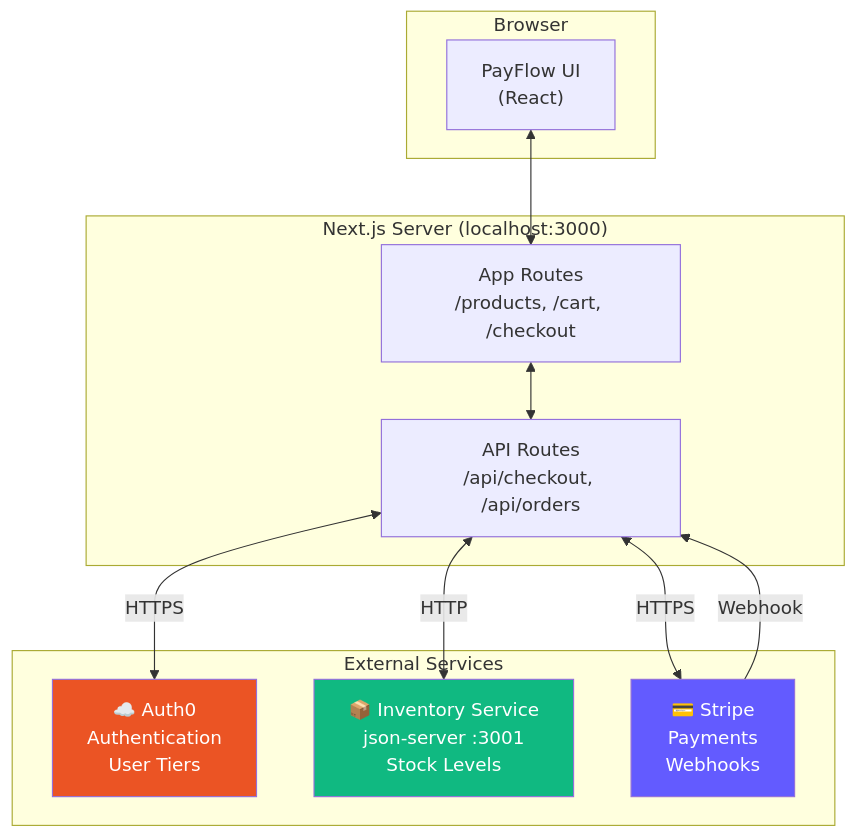
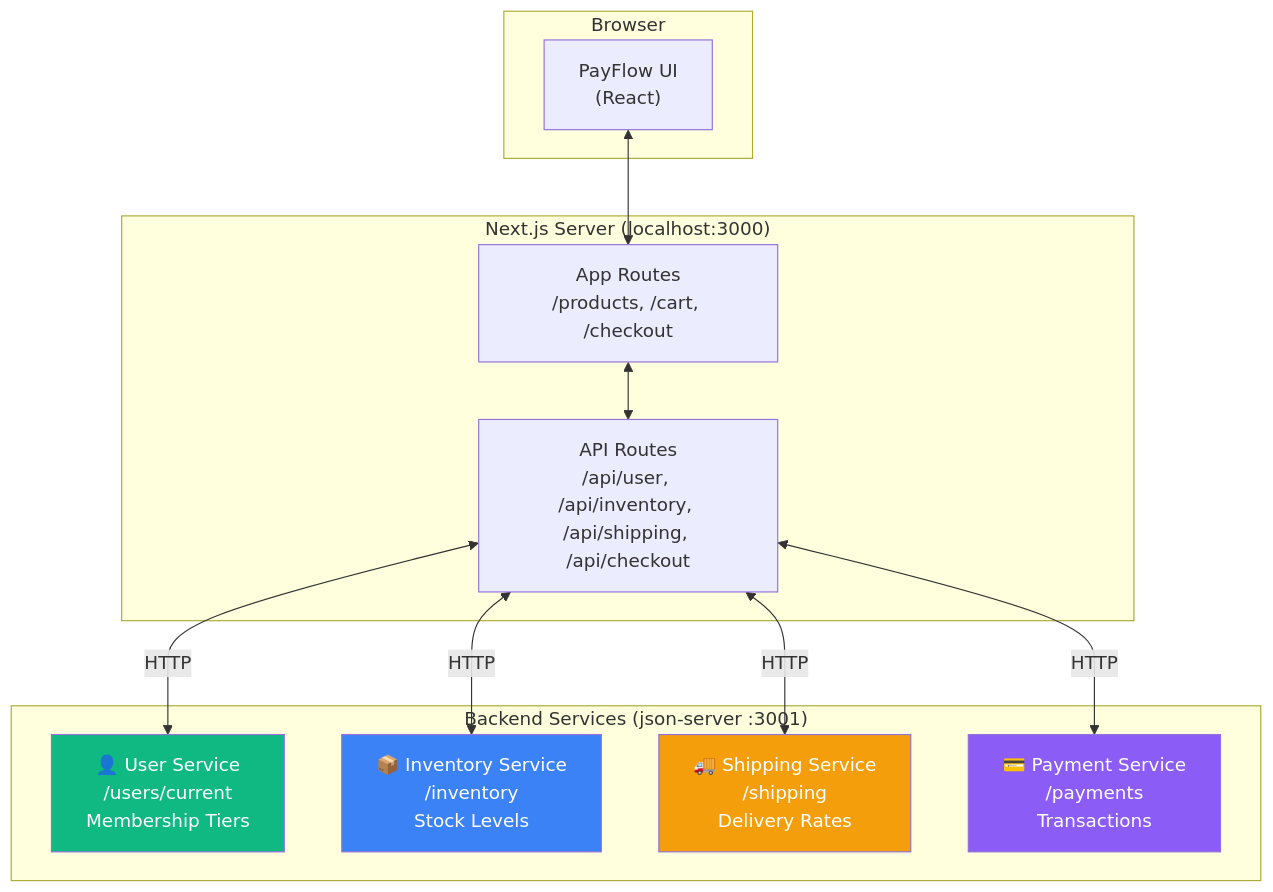
One commit to citypaul/scenarist changed the first of 2 diagrams in docs/promotional-campaign/visual-aids/01-payflow-architecture.md. Above: the diagram before and after it, drawn with Mermaid. The commit also changed other lines of this file and 11 other files, not shown here.

````diff
--- a/docs/promotional-campaign/visual-aids/01-payflow-architecture.md
+++ b/docs/promotional-campaign/visual-aids/01-payflow-architecture.md
@@ -13,28 +13,30 @@
 ```mermaid
 flowchart TB
     subgraph Browser["Browser"]
         UI["PayFlow UI<br/>(React)"]
     end
 
     subgraph NextJS["Next.js Server (localhost:3000)"]
         Pages["App Routes<br/>/products, /cart, /checkout"]
-        API["API Routes<br/>/api/checkout, /api/orders"]
+        API["API Routes<br/>/api/user, /api/inventory, /api/shipping, /api/checkout"]
     end
 
-    subgraph External["External Services"]
-        Auth0["☁️ Auth0<br/>Authentication<br/>User Tiers"]
-        Inventory["📦 Inventory Service<br/>json-server :3001<br/>Stock Levels"]
-        Stripe["💳 Stripe<br/>Payments<br/>Webhooks"]
+    subgraph Backend["Backend Services (json-server :3001)"]
+        User["👤 User Service<br/>/users/current<br/>Membership Tiers"]
+        Inventory["📦 Inventory Service<br/>/inventory<br/>Stock Levels"]
+        Shipping["🚚 Shipping Service<br/>/shipping<br/>Delivery Rates"]
+        Payment["💳 Payment Service<br/>/payments<br/>Transactions"]
     end
 
     UI <--> Pages
     Pages <--> API
-    API <-->|"HTTPS"| Auth0
+    API <-->|"HTTP"| User
     API <-->|"HTTP"| Inventory
-    API <-->|"HTTPS"| Stripe
-    Stripe -->|"Webhook"| API
+    API <-->|"HTTP"| Shipping
+    API <-->|"HTTP"| Payment
 
-    style Auth0 fill:#eb5424,color:#fff
-    style Stripe fill:#635bff,color:#fff
-    style Inventory fill:#10b981,color:#fff
+    style User fill:#10b981,color:#fff
+    style Inventory fill:#3b82f6,color:#fff
+    style Shipping fill:#f59e0b,color:#fff
+    style Payment fill:#8b5cf6,color:#fff
 ```
````
